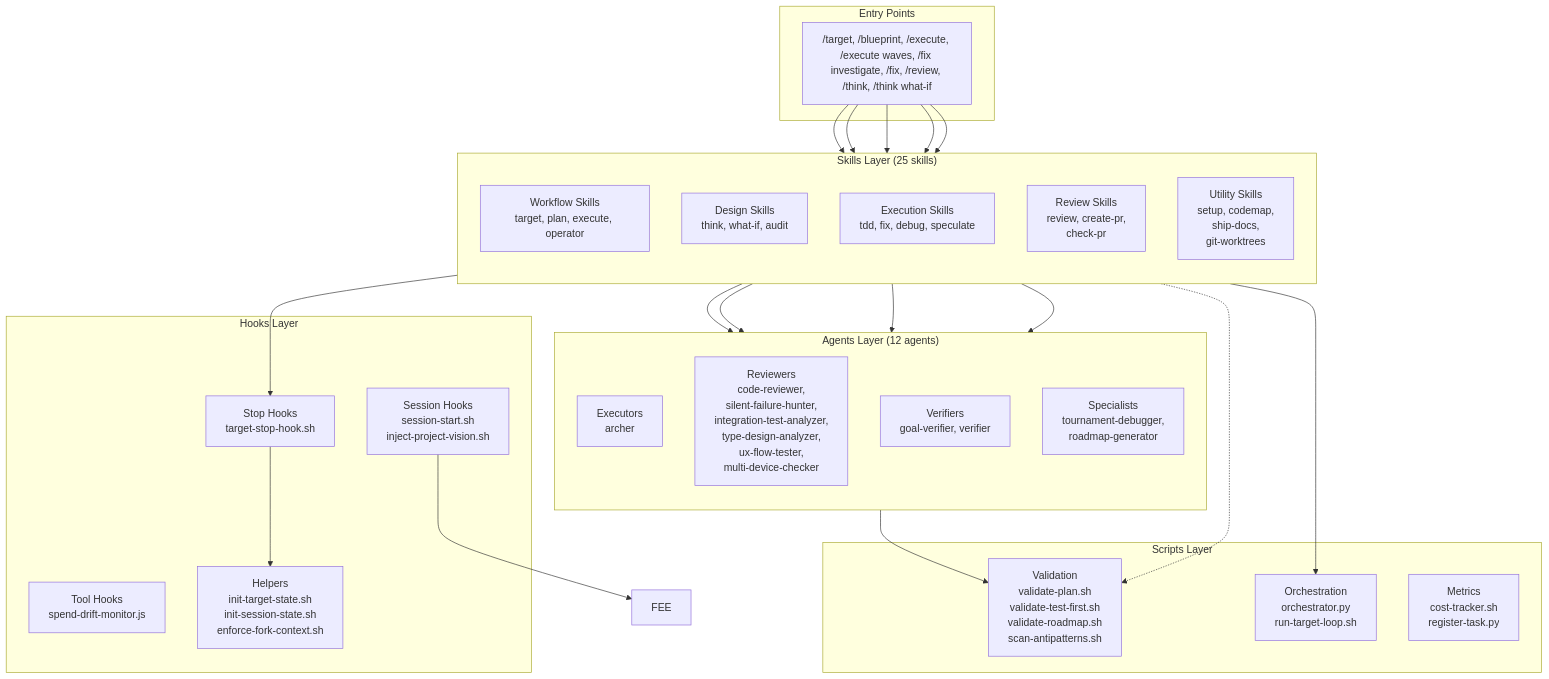
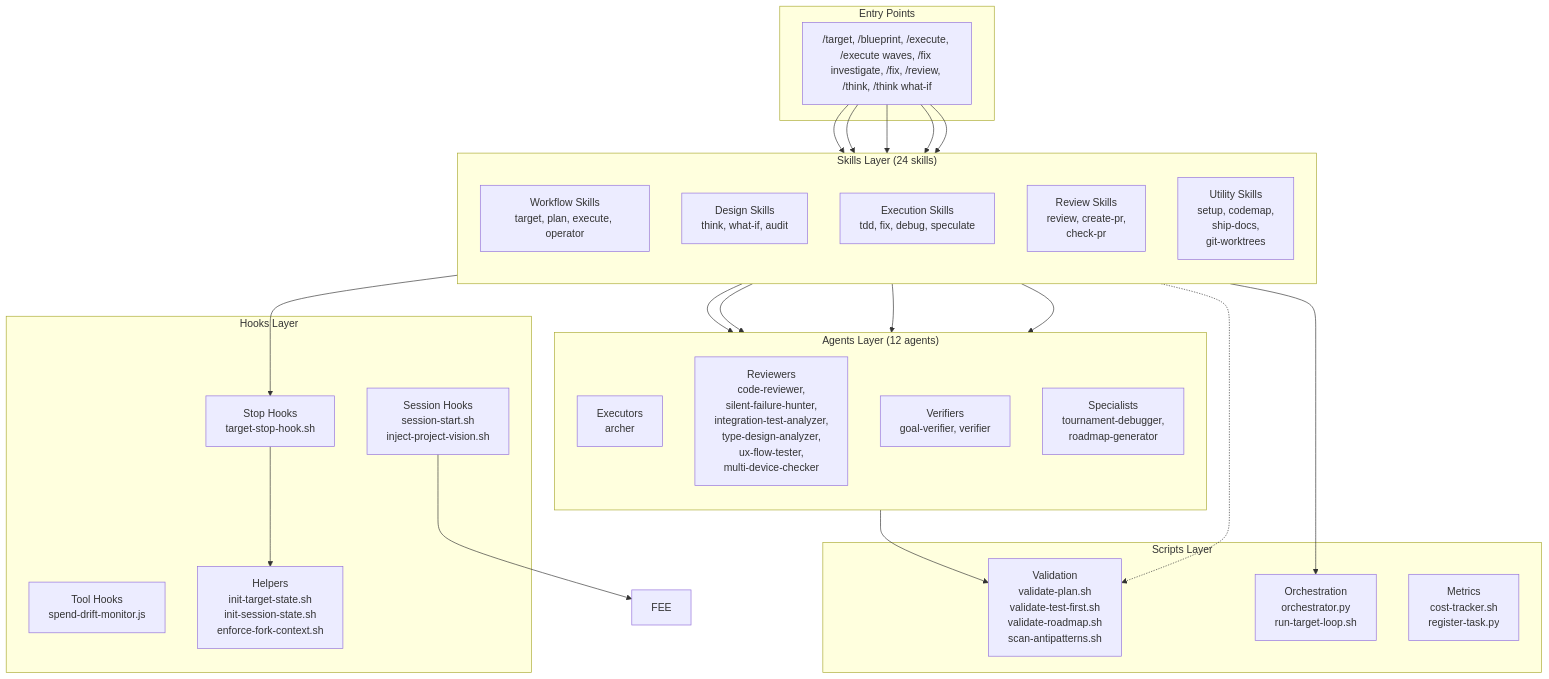
One commit to bllshttng/footnote changed the first of 6 diagrams in docs/system-architecture.md. Above: the diagram before and after it, drawn with Mermaid. The commit also changed other lines of this file and 3 other files, not shown here.

````diff
--- a/docs/system-architecture.md
+++ b/docs/system-architecture.md
@@ -42,55 +42,55 @@
 ```mermaid
 graph TB
     subgraph "Entry Points"
         CMD["/target, /blueprint, /execute, /execute waves, /fix investigate, /fix, /review, /think, /think what-if"]
     end
 
-    subgraph "Skills Layer (25 skills)"
+    subgraph "Skills Layer (24 skills)"
         direction TB
         WF["Workflow Skills<br/>target, plan, execute, operator"]
         DS["Design Skills<br/>think, what-if, audit"]
         EX["Execution Skills<br/>tdd, fix, debug, speculate"]
         RV["Review Skills<br/>review, create-pr,<br/>check-pr"]
         UT["Utility Skills<br/>setup, codemap,<br/>ship-docs,<br/>git-worktrees"]
     end
 
     subgraph "Agents Layer (12 agents)"
         direction TB
         EXEC["Executors<br/>archer"]
         REV["Reviewers<br/>code-reviewer,<br/>silent-failure-hunter,<br/>integration-test-analyzer,<br/>type-design-analyzer,<br/>ux-flow-tester,<br/>multi-device-checker"]
         VER["Verifiers<br/>goal-verifier, verifier"]
         SPEC["Specialists<br/>tournament-debugger,<br/>roadmap-generator"]
     end
 
     subgraph "Hooks Layer"
         STOP["Stop Hooks<br/>target-stop-hook.sh"]
         SESS["Session Hooks<br/>session-start.sh<br/>inject-project-vision.sh"]
         TOOL["Tool Hooks<br/>spend-drift-monitor.js"]
         HELP["Helpers<br/>init-target-state.sh<br/>init-session-state.sh<br/>enforce-fork-context.sh"]
     end
 
     subgraph "Scripts Layer"
         VAL["Validation<br/>validate-plan.sh<br/>validate-test-first.sh<br/>validate-roadmap.sh<br/>scan-antipatterns.sh"]
         ORC["Orchestration<br/>orchestrator.py<br/>run-target-loop.sh"]
         MET["Metrics<br/>cost-tracker.sh<br/>register-task.py"]
     end
 
     CMD --> WF
     CMD --> DS
     CMD --> EX
     CMD --> RV
     CMD --> UT
 
     WF --> EXEC
     WF --> VER
     RV --> REV
     EX --> EXEC
     DS -.-> VAL
 
     WF --> ORC
     WF --> STOP
     SESS --> FEE
     STOP --> HELP
 
     EXEC --> VAL
 ```
````
